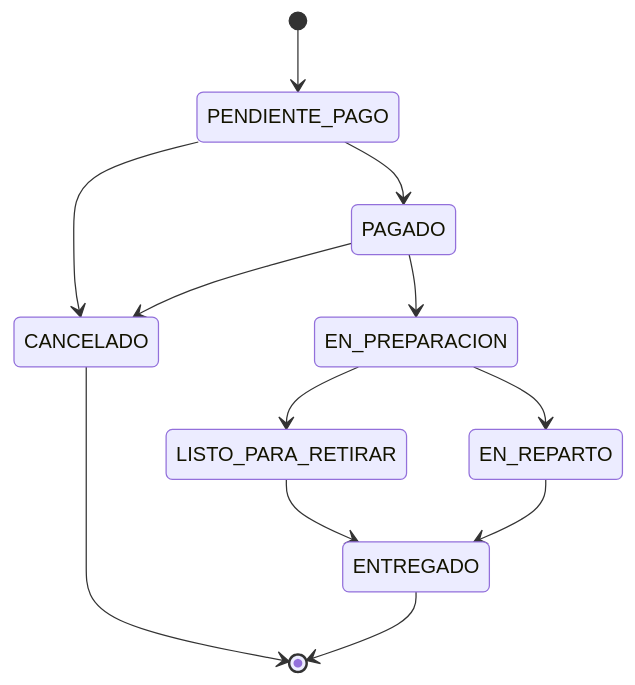
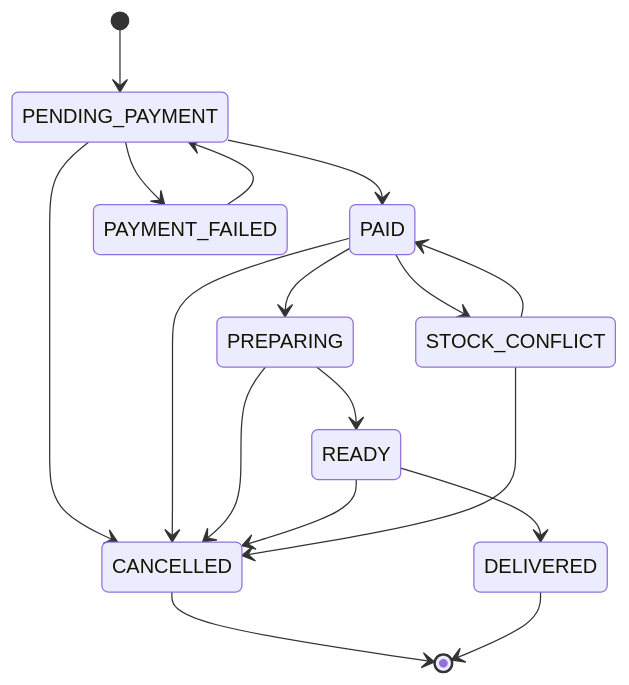
Before and after one commit to NachoOsella/tfi-lembas: the first of 3 diagrams in Documentation/Dietetica Lembas/03 - Dominio/Maquina de Estados.md, drawn with Mermaid. The commit also changed other lines of this file and 41 other files, not shown here.

````diff
--- a/Documentation/Dietetica Lembas/03 - Dominio/Maquina de Estados.md
+++ b/Documentation/Dietetica Lembas/03 - Dominio/Maquina de Estados.md
@@ -18,15 +17,20 @@
 ```mermaid
 %%{init: {"theme": "base", "themeVariables": {"darkMode": true, "background": "#1d2021", "primaryColor": "#32302f", "primaryTextColor": "#d4be98", "primaryBorderColor": "#d4be98", "lineColor": "#d4be98", "secondaryColor": "#32302f", "tertiaryColor": "#1d2021", "textColor": "#d4be98", "noteBkgColor": "#32302f", "noteTextColor": "#d4be98", "noteBorderColor": "#d8a657", "actorBkg": "#32302f", "actorTextColor": "#d4be98", "actorLineColor": "#d4be98", "signalColor": "#7daea3", "signalTextColor": "#d4be98", "labelBoxBkgColor": "#32302f", "labelBoxBorderColor": "#d4be98", "labelTextColor": "#d4be98", "loopTextColor": "#d4be98"}}%%
 stateDiagram-v2
-    [*] --> PENDIENTE_PAGO
-    PENDIENTE_PAGO --> PAGADO
-    PENDIENTE_PAGO --> CANCELADO
-    PAGADO --> EN_PREPARACION
-    EN_PREPARACION --> LISTO_PARA_RETIRAR
-    EN_PREPARACION --> EN_REPARTO
-    LISTO_PARA_RETIRAR --> ENTREGADO
-    EN_REPARTO --> ENTREGADO
-    PAGADO --> CANCELADO
-    CANCELADO --> [*]
-    ENTREGADO --> [*]
+    [*] --> PENDING_PAYMENT
+    PENDING_PAYMENT --> PAID
+    PENDING_PAYMENT --> PAYMENT_FAILED
+    PENDING_PAYMENT --> CANCELLED
+    PAID --> PREPARING
+    PAID --> STOCK_CONFLICT
+    PREPARING --> READY
+    READY --> DELIVERED
+    PAID --> CANCELLED
+    PREPARING --> CANCELLED
+    READY --> CANCELLED
+    STOCK_CONFLICT --> CANCELLED
+    STOCK_CONFLICT --> PAID
+    PAYMENT_FAILED --> PENDING_PAYMENT
+    CANCELLED --> [*]
+    DELIVERED --> [*]
 ```
````
